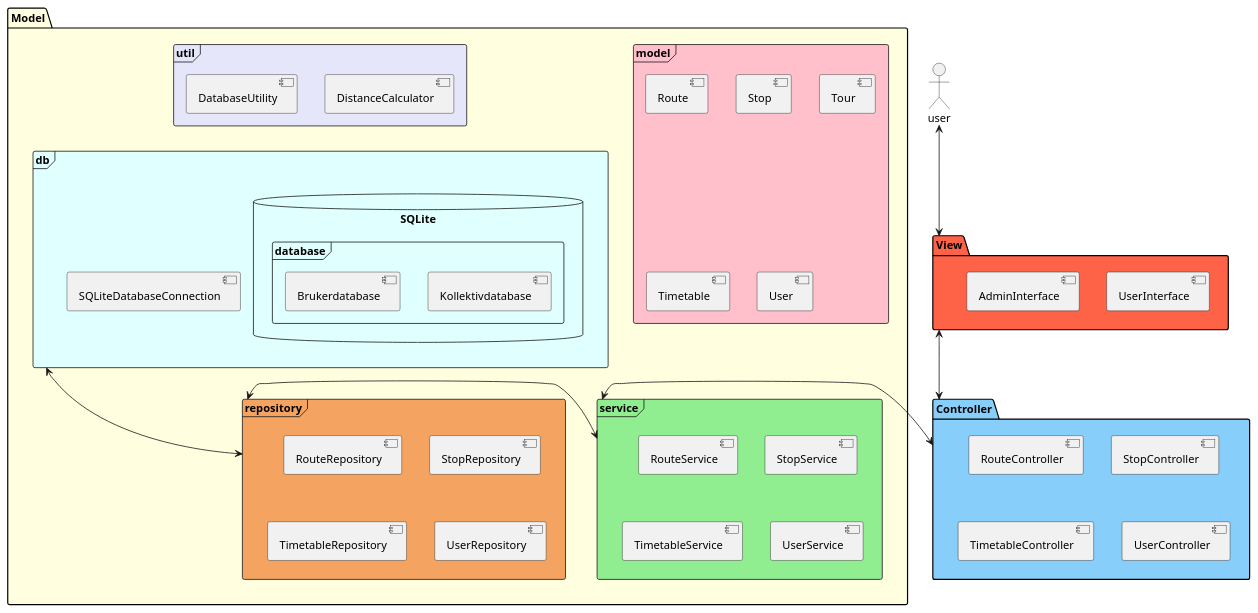
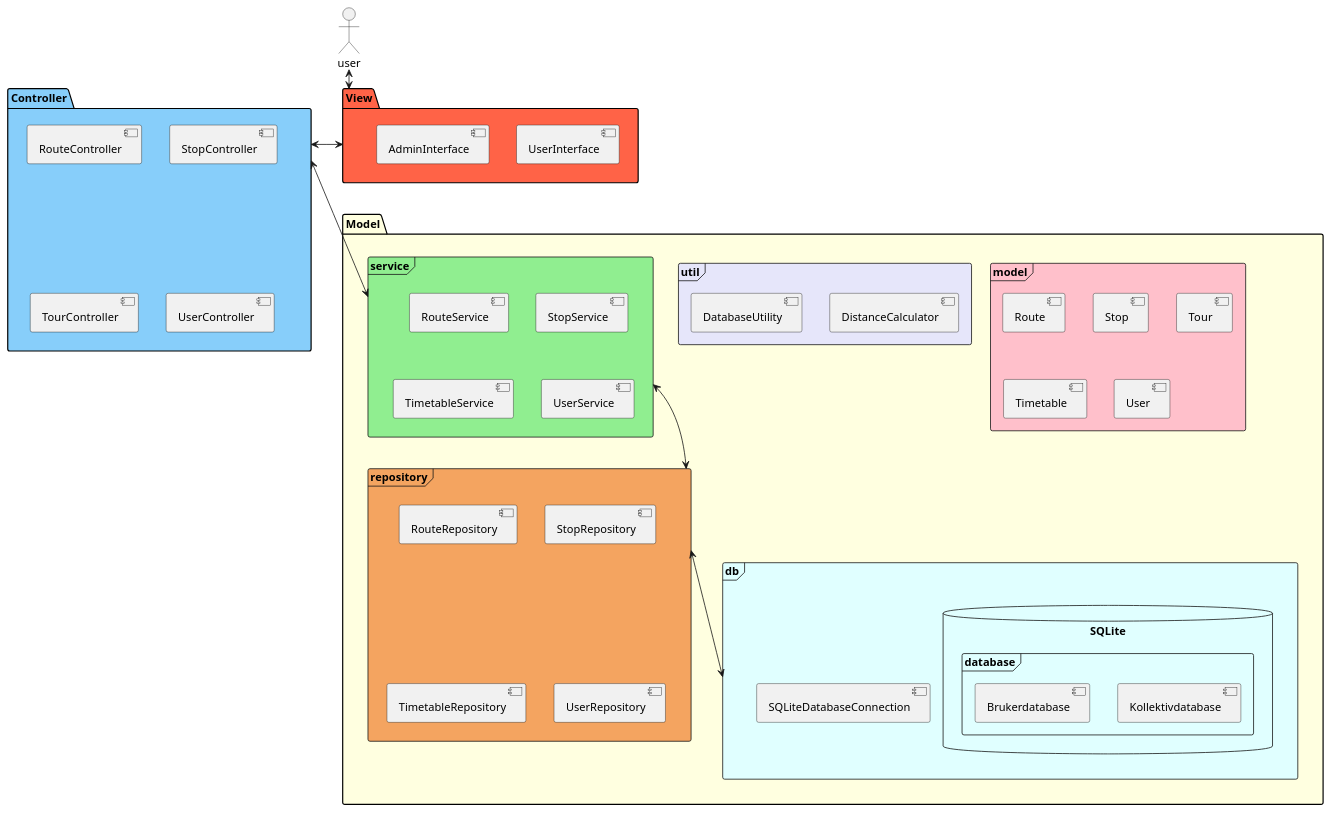
The diagram in MainProject/diagram/Sprint4ComponentDiagram.puml (Wilbnil/SoftwareEngineering17---Kollektivtrafikk), drawn with PlantUML before and after one commit.

Commit message:
On branch 54-class-diagram: Changed component diagram:     - Rearrnged packages and connections to make it look better.     - Changed TimetableController to TourController to match change in code.

```diff
--- a/MainProject/diagram/Sprint4ComponentDiagram.puml
+++ b/MainProject/diagram/Sprint4ComponentDiagram.puml
@@ -1,59 +1,64 @@
 @startuml
 'https://plantuml.com/component-diagram
+!pragma horizontalLineBetweenDifferentPackageAllowed
 
 actor user
-package "Model" #LightYellow {
-  frame "model" #Pink {
-    [Route]
-    [Stop]
-    [Tour]
-    [Timetable]
-    [User]
+together {
+    package "Model" #LightYellow {
+      frame "model" #Pink {
+        [Route]
+        [Stop]
+        [Tour]
+        [Timetable]
+        [User]
 
-  }
-  frame "util" #Lavender {
-    [DistanceCalculator]
-    [DatabaseUtility]
-  }
-  frame "service" #LightGreen {
-    [RouteService]
-    [StopService]
-    [TimetableService]
-    [UserService]
-  }
-  frame "repository" #SandyBrown{
-    [RouteRepository]
-    [StopRepository]
-    [TimetableRepository]
-    [UserRepository]
-  }
-  frame "db" #LightCyan {
-    [SQLiteDatabaseConnection]
-    database "SQLite" {
-       frame "database" {
-         [Kollektivdatabase]
-         [Brukerdatabase]
-       }
-     }
-  }
+      }
+      frame "util" #Lavender {
+        [DistanceCalculator]
+        [DatabaseUtility]
+      }
+      frame "service" #LightGreen {
+        [RouteService]
+        [StopService]
+        [TimetableService]
+        [UserService]
+      }
+      frame "repository" #SandyBrown{
+        [RouteRepository]
+        [StopRepository]
+        [TimetableRepository]
+        [UserRepository]
+      }
+      frame "db" #LightCyan {
+        [SQLiteDatabaseConnection]
+        database "SQLite" {
+           frame "database" {
+             [Kollektivdatabase]
+             [Brukerdatabase]
+           }
+         }
+      }
+    }
 }
 
 package "Controller" #LightSkyBlue {
   [RouteController]
   [StopController]
-  [TimetableController]
+  [TourController]
   [UserController]
 }
 
 package "View" #Tomato {
     [UserInterface]
     [AdminInterface]
 }
 [user] <--> [View]
-[View] <--> [Controller]
-[Controller] <-left-> [service]
-[repository] <-right-> [service]
-[repository] <-up-> [db]
+[View] <-left-> [Controller]
+[Controller] <-down-> [service]
+[repository] <-left[norank]-> [service]
+[repository] <-down-> [db]
+
+
 
 
 @enduml
```
